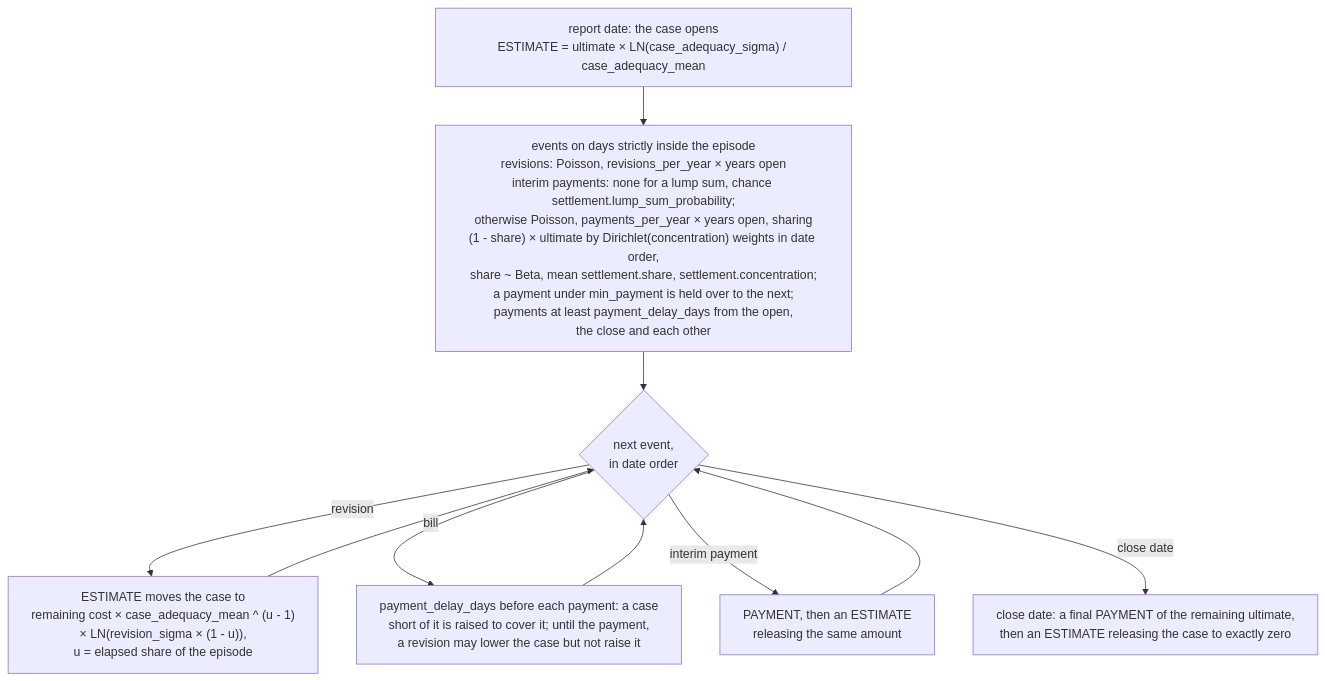
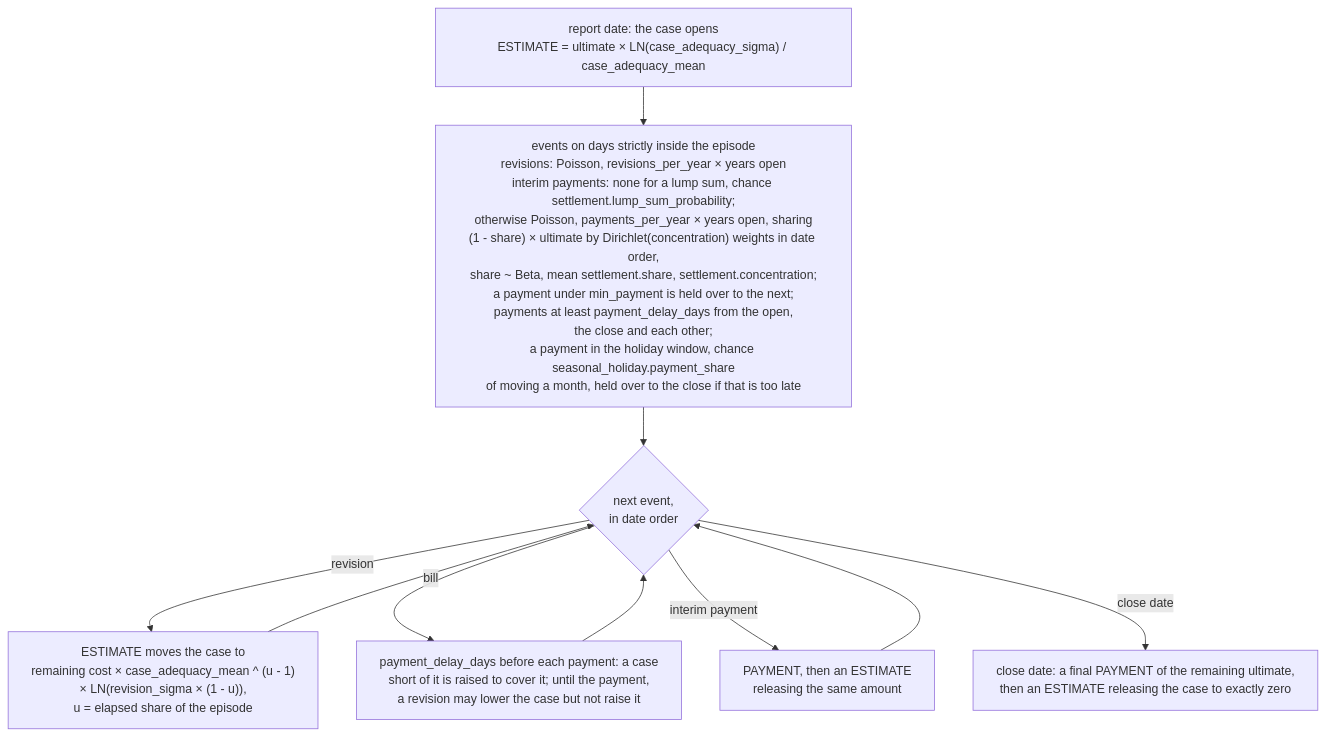
The sixth of 10 diagrams in README.md (le-marais/claims-data-generator), drawn with Mermaid before and after one commit. The commit also changed other lines of this file and 22 other files, not shown here.

First line of the commit message:
Defer a share of summer-holiday reports and payments to the next month (#36)

````diff
--- a/README.md
+++ b/README.md
@@ -226,16 +226,16 @@
 ```mermaid
 %%{init: {"flowchart": {"wrappingWidth": 480}}}%%
 flowchart TD
     opening["report date: the case opens<br/>ESTIMATE = ultimate × LN(case_adequacy_sigma) / case_adequacy_mean"]
-    events["events on days strictly inside the episode<br/>revisions: Poisson, revisions_per_year × years open<br/>interim payments: none for a lump sum, chance settlement.lump_sum_probability;<br/>otherwise Poisson, payments_per_year × years open, sharing<br/>(1 - share) × ultimate by Dirichlet(concentration) weights in date order,<br/>share ~ Beta, mean settlement.share, settlement.concentration;<br/>a payment under min_payment is held over to the next;<br/>payments at least payment_delay_days from the open,<br/>the close and each other"]
+    events["events on days strictly inside the episode<br/>revisions: Poisson, revisions_per_year × years open<br/>interim payments: none for a lump sum, chance settlement.lump_sum_probability;<br/>otherwise Poisson, payments_per_year × years open, sharing<br/>(1 - share) × ultimate by Dirichlet(concentration) weights in date order,<br/>share ~ Beta, mean settlement.share, settlement.concentration;<br/>a payment under min_payment is held over to the next;<br/>payments at least payment_delay_days from the open,<br/>the close and each other;<br/>a payment in the holiday window, chance seasonal_holiday.payment_share<br/>of moving a month, held over to the close if that is too late"]
     nextEvent{"next event,<br/>in date order"}
     revise["ESTIMATE moves the case to<br/>remaining cost × case_adequacy_mean ^ (u - 1)<br/>× LN(revision_sigma × (1 - u)),<br/>u = elapsed share of the episode"]
     pay["PAYMENT, then an ESTIMATE<br/>releasing the same amount"]
     bill["payment_delay_days before each payment: a case<br/>short of it is raised to cover it; until the payment,<br/>a revision may lower the case but not raise it"]
     settle["close date: a final PAYMENT of the remaining ultimate,<br/>then an ESTIMATE releasing the case to exactly zero"]
     opening --> events --> nextEvent
     nextEvent -- "revision" --> revise --> nextEvent
     nextEvent -- "bill" --> bill --> nextEvent
     nextEvent -- "interim payment" --> pay --> nextEvent
     nextEvent -- "close date" --> settle
 ```
````
